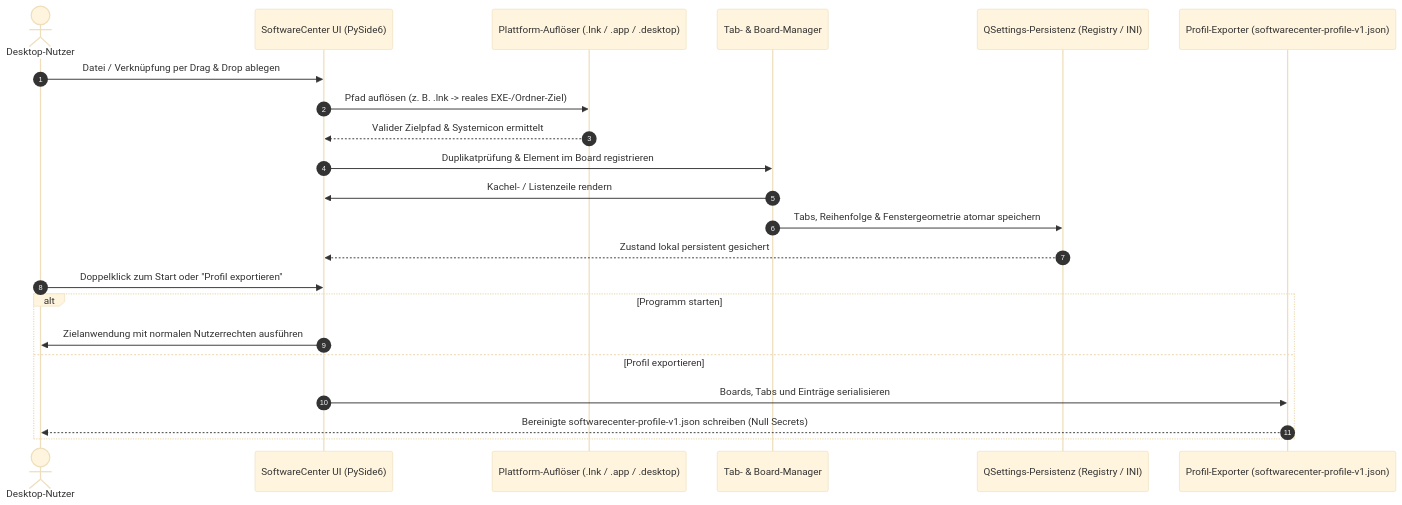
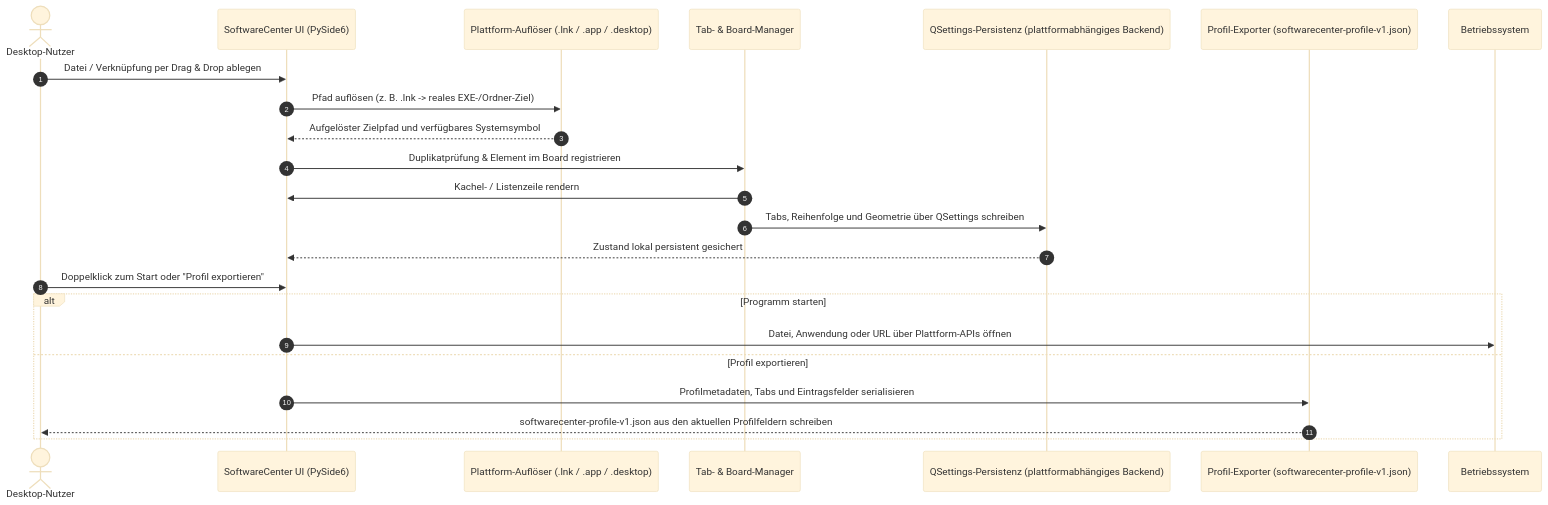
Before and after one commit to file-bricks/SoftwareCenter: the second of 2 diagrams in README_de.md, drawn with Mermaid (base theme). The commit also changed other lines of this file and 6 other files, not shown here.

````diff
--- a/README_de.md
+++ b/README_de.md
@@ -139,25 +140,26 @@
 ```mermaid
 sequenceDiagram
     autonumber
     actor User as Desktop-Nutzer
     participant SC as SoftwareCenter UI (PySide6)
     participant Res as Plattform-Auflöser (.lnk / .app / .desktop)
     participant Tab as Tab- & Board-Manager
-    participant Set as QSettings-Persistenz (Registry / INI)
+    participant Set as QSettings-Persistenz (plattformabhängiges Backend)
     participant Exp as Profil-Exporter (softwarecenter-profile-v1.json)
+    participant OS as Betriebssystem
 
     User->>SC: Datei / Verknüpfung per Drag & Drop ablegen
     SC->>Res: Pfad auflösen (z. B. .lnk -> reales EXE-/Ordner-Ziel)
-    Res-->>SC: Valider Zielpfad & Systemicon ermittelt
+    Res-->>SC: Aufgelöster Zielpfad und verfügbares Systemsymbol
     SC->>Tab: Duplikatprüfung & Element im Board registrieren
     Tab->>SC: Kachel- / Listenzeile rendern
-    Tab->>Set: Tabs, Reihenfolge & Fenstergeometrie atomar speichern
+    Tab->>Set: Tabs, Reihenfolge und Geometrie über QSettings schreiben
     Set-->>SC: Zustand lokal persistent gesichert
     User->>SC: Doppelklick zum Start oder "Profil exportieren"
     alt Programm starten
-        SC->>User: Zielanwendung mit normalen Nutzerrechten ausführen
+        SC->>OS: Datei, Anwendung oder URL über Plattform-APIs öffnen
     else Profil exportieren
-        SC->>Exp: Boards, Tabs und Einträge serialisieren
-        Exp-->>User: Bereinigte softwarecenter-profile-v1.json schreiben (Null Secrets)
+        SC->>Exp: Profilmetadaten, Tabs und Eintragsfelder serialisieren
+        Exp-->>User: softwarecenter-profile-v1.json aus den aktuellen Profilfeldern schreiben
     end
 ```
````
